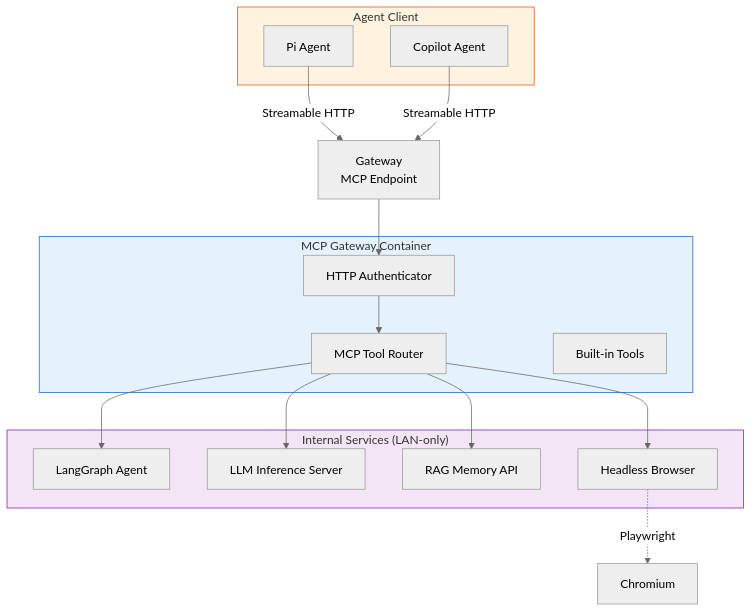
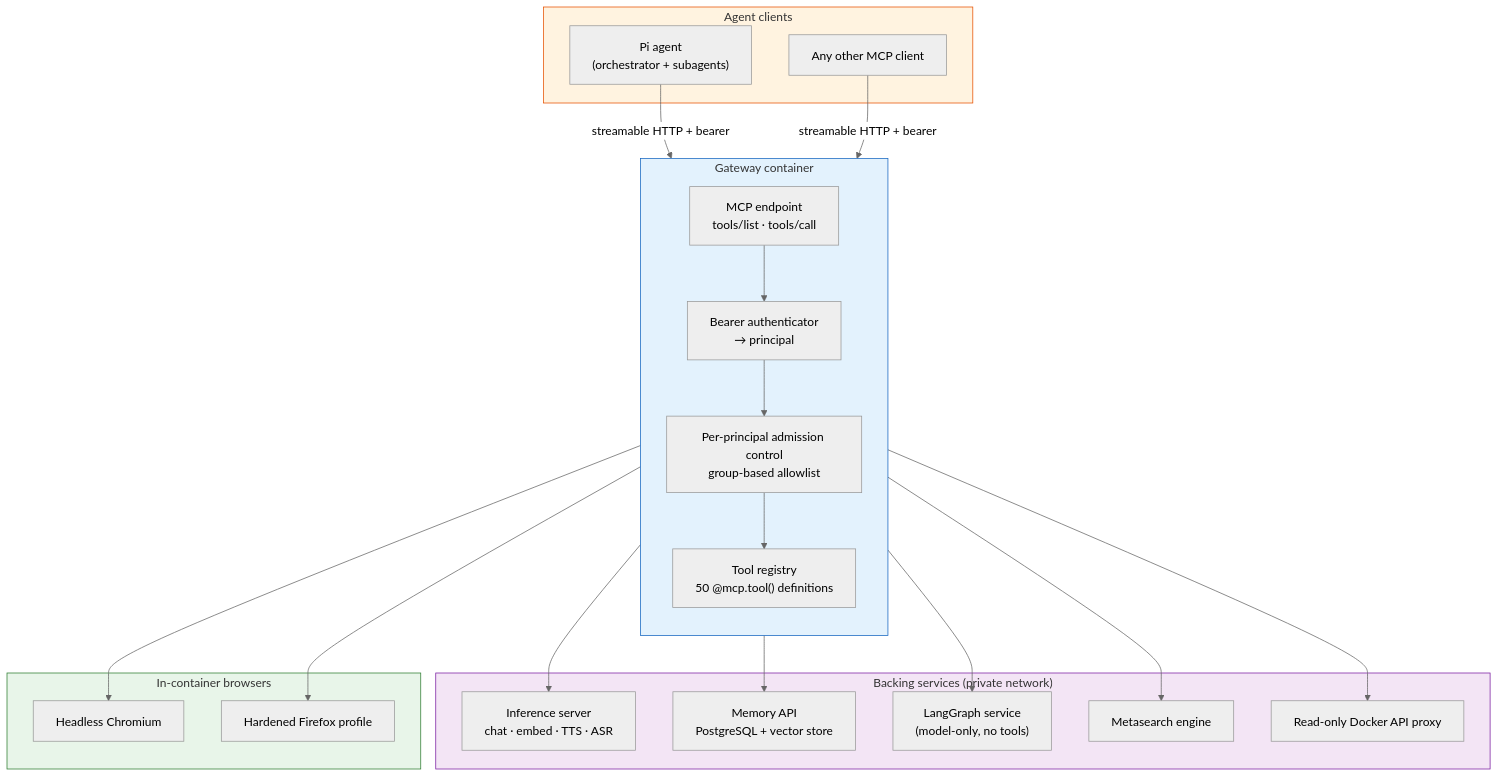
Before and after one commit to sternnick/mcp-gateway: the first of 3 diagrams in README.md, drawn with Mermaid (neutral theme). The commit also changed other lines of this file, not shown here.

First line of the commit message:
docs: correct the README against the implemented gateway

````diff
--- a/README.md
+++ b/README.md
@@ -25,36 +35,45 @@
 ```mermaid
 flowchart TB
-    subgraph Client["Agent Client"]
-        A[Pi Agent]
-        B[Copilot Agent]
+    subgraph Clients["Agent clients"]
+        A["Pi agent<br/>(orchestrator + subagents)"]
+        B["Any other MCP client"]
     end
 
-    subgraph Gateway["MCP Gateway Container"]
-        T[MCP Tool Router]
-        H[HTTP Authenticator]
-        BUILTIN[Built-in Tools]
+    subgraph GW["Gateway container"]
+        direction TB
+        MCP["MCP endpoint<br/>tools/list · tools/call"]
+        AUTH["Bearer authenticator<br/>→ principal"]
+        ACL["Per-principal admission control<br/>group-based allowlist"]
+        REG["Tool registry<br/>50 @mcp.tool() definitions"]
+        MCP --> AUTH --> ACL --> REG
     end
 
-    subgraph Services["Internal Services (LAN-only)"]
-        SG[LangGraph Agent]
-        GPU[LLM Inference Server]
-        RAG[RAG Memory API]
-        BR[Headless Browser]
+    subgraph SVS["Backing services (private network)"]
+        LLM["Inference server<br/>chat · embed · TTS · ASR"]
+        RAG["Memory API<br/>PostgreSQL + vector store"]
+        LG["LangGraph service<br/>(model-only, no tools)"]
+        SEA["Metasearch engine"]
+        PROXY["Read-only Docker API proxy"]
     end
 
-    A -->|Streamable HTTP|MCP[Gateway<br/>MCP Endpoint]
-    B -->|Streamable HTTP|MCP
+    subgraph BROWSER["In-container browsers"]
+        CH["Headless Chromium"]
+        FX["Hardened Firefox profile"]
+    end
 
-    MCP --> H
-    H --> T
-    T --> SG
-    T --> GPU
-    T --> RAG
-    T --> BR
+    A -->|streamable HTTP + bearer| MCP
+    B -->|streamable HTTP + bearer| MCP
 
-    BR -.->|Playwright| CH[Chromium]
+    REG --> LLM
+    REG --> RAG
+    REG --> LG
+    REG --> SEA
+    REG --> PROXY
+    REG --> CH
+    REG --> FX
 
-    style Gateway fill:#E3F2FD,stroke:#1565C0
-    style Services fill:#F3E5F5,stroke:#7B1FA2
-    style Client fill:#FFF3E0,stroke:#E65100
+    style GW fill:#E3F2FD,stroke:#1565C0
+    style SVS fill:#F3E5F5,stroke:#7B1FA2
+    style Clients fill:#FFF3E0,stroke:#E65100
+    style BROWSER fill:#E8F5E9,stroke:#2E7D32
 ```
````
